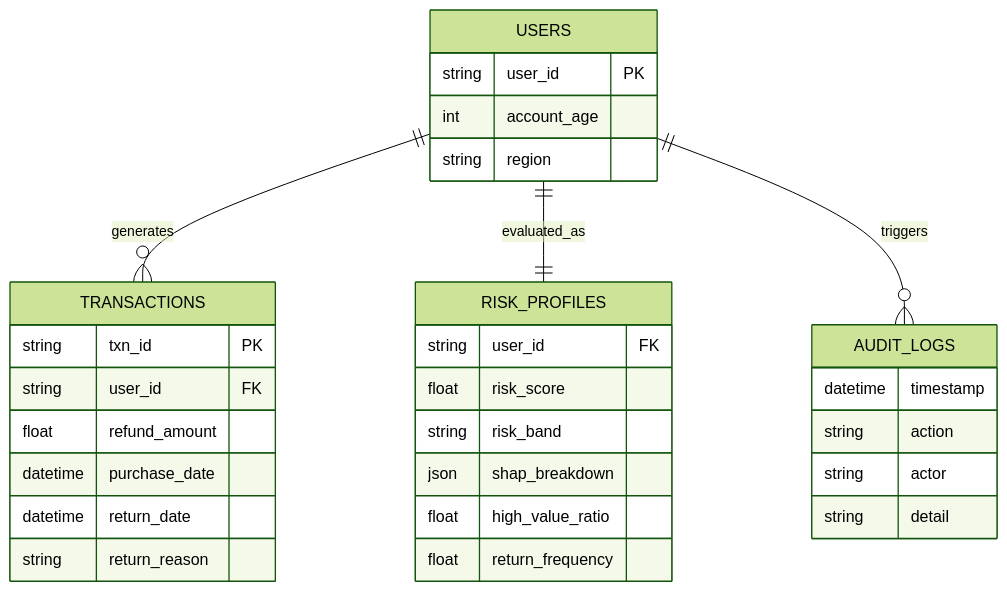
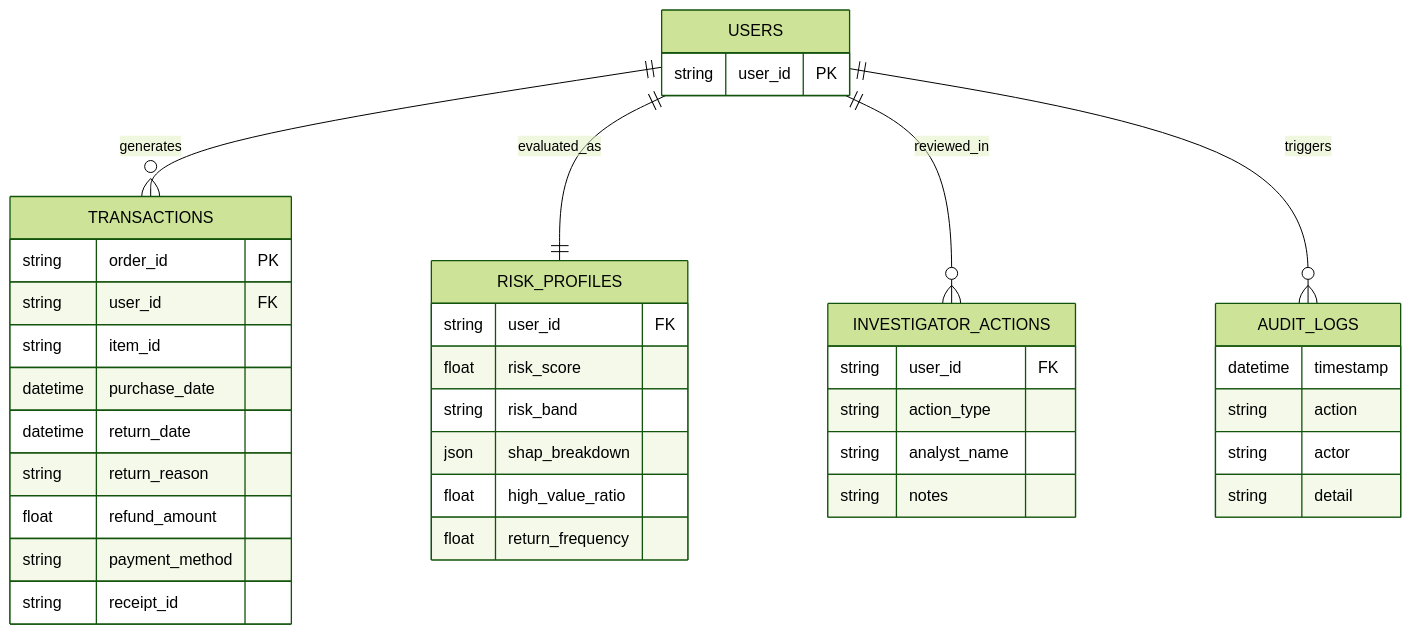
The second of 2 diagrams in README.md (sunny5491/Fraud-Detection-Dashboard), drawn with Mermaid (forest theme) before and after one commit. The commit also changed other lines of this file, not shown here.

````diff
--- a/README.md
+++ b/README.md
@@ -89,34 +153,42 @@
 ```mermaid
 erDiagram
     USERS {
         string user_id PK
-        int account_age
-        string region
     }
     TRANSACTIONS {
-        string txn_id PK
+        string order_id PK
         string user_id FK
-        float refund_amount
+        string item_id
         datetime purchase_date
         datetime return_date
         string return_reason
+        float refund_amount
+        string payment_method
+        string receipt_id
     }
     RISK_PROFILES {
         string user_id FK
         float risk_score
         string risk_band
         json shap_breakdown
         float high_value_ratio
         float return_frequency
+    }
+    INVESTIGATOR_ACTIONS {
+        string user_id FK
+        string action_type
+        string analyst_name
+        string notes
     }
     AUDIT_LOGS {
         datetime timestamp
         string action
         string actor
         string detail
     }
 
     USERS ||--o{ TRANSACTIONS : "generates"
     USERS ||--|| RISK_PROFILES : "evaluated_as"
+    USERS ||--o{ INVESTIGATOR_ACTIONS : "reviewed_in"
     USERS ||--o{ AUDIT_LOGS : "triggers"
 ```
````
